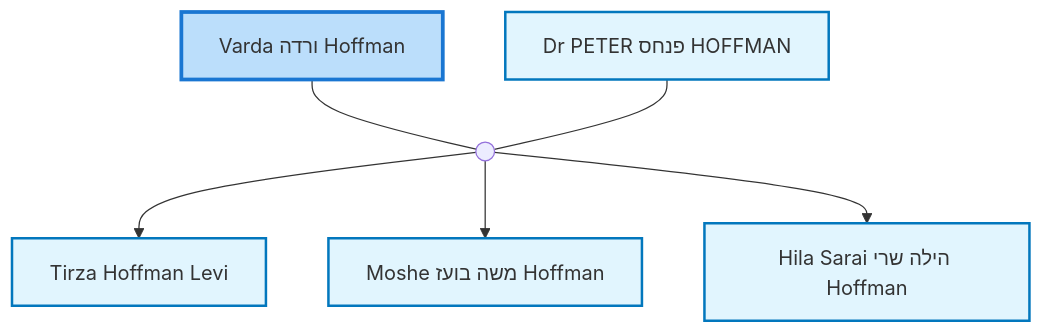
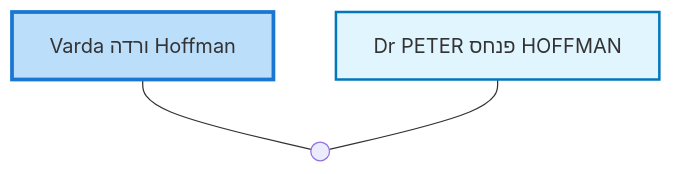
The third of 3 diagrams in site/content/profiles/Varda ורדה Hoffman.md (moshehoff/FamilyHistory), drawn with Mermaid before and after one commit. The commit also changed other lines of this file and 133 other files, not shown here.

Commit message:
Update Moshe Hoffman ID: I10 -> I11052340 and rename I38516664 biography

````diff
--- a/site/content/profiles/Varda ורדה Hoffman.md
+++ b/site/content/profiles/Varda ורדה Hoffman.md
@@ -62,27 +50,15 @@
 ```mermaid
 flowchart TD
 classDef person fill:#e1f5fe,stroke:#0277bd,stroke-width:2px;
 classDef internal-link fill:#e1f5fe,stroke:#0277bd,stroke-width:2px;
 classDef current fill:#bbdefb,stroke:#1976d2,stroke-width:3px;
-idI9["Varda ורדה Hoffman"]
-class idI9 current
-click idI9 "../profiles/Varda-%D7%95%D7%A8%D7%93%D7%94-Hoffman" "Varda ורדה Hoffman"
-idI1["Dr PETER פנחס HOFFMAN"]
-class idI1 internal-link
-click idI1 "../profiles/Dr-PETER-%D7%A4%D7%A0%D7%97%D7%A1-HOFFMAN" "Dr PETER פנחס HOFFMAN"
-marriage_idF1((" "))
-idI9 --- marriage_idF1
-idI1 --- marriage_idF1
-idI4["Tirza Hoffman Levi"]
-class idI4 internal-link
-click idI4 "../profiles/Tirza-Hoffman-Levi" "Tirza Hoffman Levi"
-marriage_idF1 --> idI4
-idI5["Moshe משה בועז Hoffman"]
-class idI5 internal-link
-click idI5 "../profiles/Moshe-%D7%9E%D7%A9%D7%94-%D7%91%D7%95%D7%A2%D7%96-Hoffman" "Moshe משה בועז Hoffman"
-marriage_idF1 --> idI5
-idI6["Hila Sarai הילה שרי Hoffman"]
-class idI6 internal-link
-click idI6 "../profiles/Hila-Sarai-%D7%94%D7%99%D7%9C%D7%94-%D7%A9%D7%A8%D7%99-Hoffman" "Hila Sarai הילה שרי Hoffman"
-marriage_idF1 --> idI6
+idI38517487["Varda ורדה Hoffman"]
+class idI38517487 current
+click idI38517487 "../profiles/Varda-%D7%95%D7%A8%D7%93%D7%94-Hoffman" "Varda ורדה Hoffman"
+idI11052359["Dr PETER פנחס HOFFMAN"]
+class idI11052359 internal-link
+click idI11052359 "../profiles/Dr-PETER-%D7%A4%D7%A0%D7%97%D7%A1-HOFFMAN" "Dr PETER פנחס HOFFMAN"
+marriage_idF13161723((" "))
+idI38517487 --- marriage_idF13161723
+idI11052359 --- marriage_idF13161723
 ```
````
